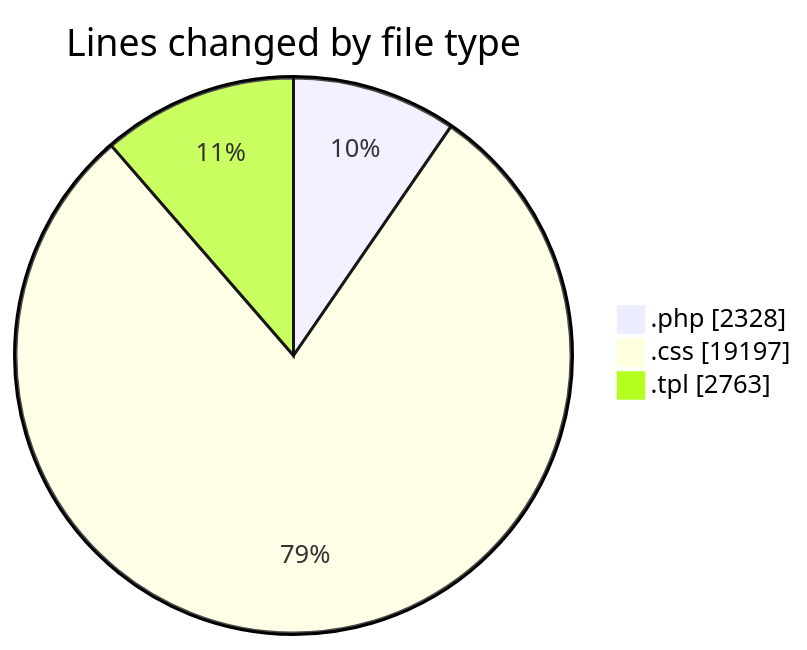
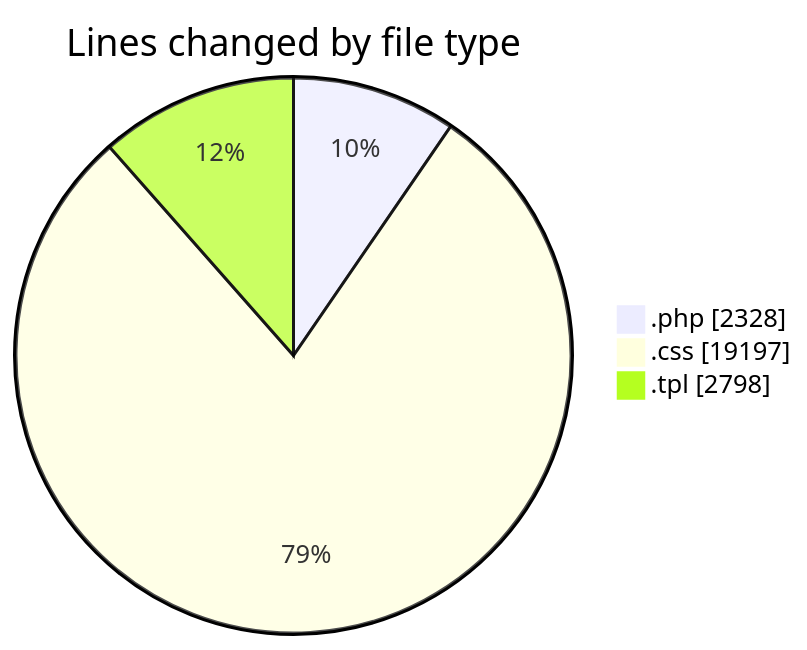
Before and after one commit to vahidmafi/code-tracking: the first of 2 diagrams in 2025-03-23/zeytoon/README.md, drawn with Mermaid. The commit also changed other lines of this file and 1 other file, not shown here.

````diff
--- a/2025-03-23/zeytoon/README.md
+++ b/2025-03-23/zeytoon/README.md
@@ -25,7 +26,7 @@
 ```mermaid
 pie showData
 title Lines changed by file type
 ".php" : 2328
 ".css" : 19197
-".tpl" : 2763
+".tpl" : 2798
 ```
````
